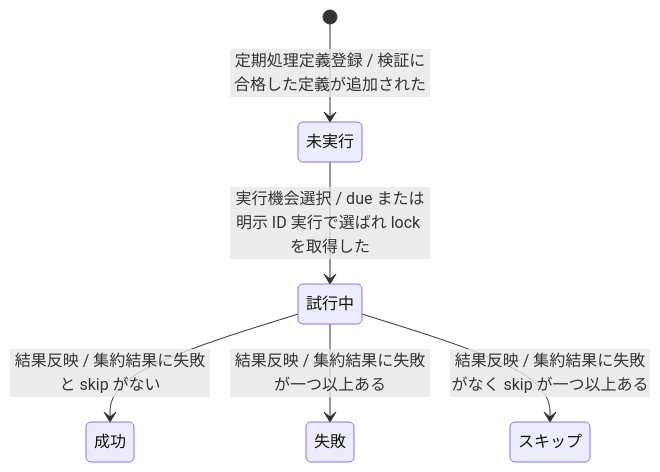
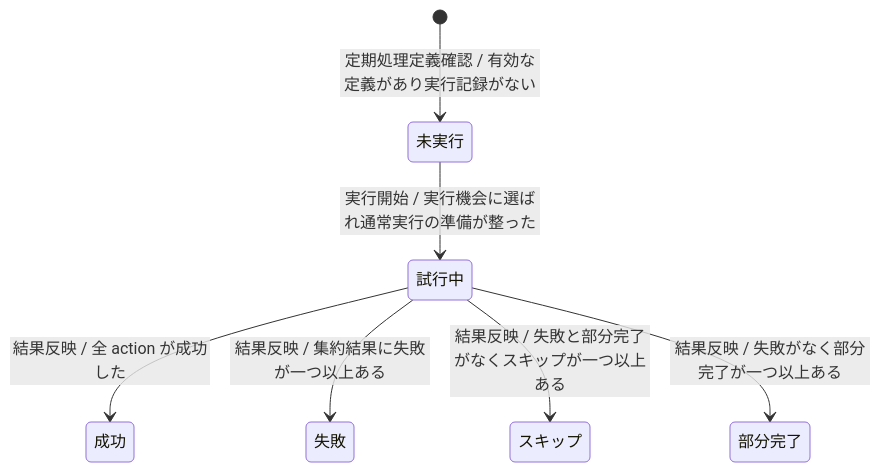
The first of 2 diagrams in docs/ja/product/010-business-specs/020-data-model/stsd-routine-run.md (specdojo/specdojo), drawn with Mermaid before and after one commit. The commit also changed other lines of this file and 5 other files, not shown here.

````diff
--- a/docs/ja/product/010-business-specs/020-data-model/stsd-routine-run.md
+++ b/docs/ja/product/010-business-specs/020-data-model/stsd-routine-run.md
@@ -56,13 +58,15 @@
 ```mermaid
 stateDiagram-v2
   state "未実行" as never
   state "試行中" as running
   state "成功" as success
+  state "部分完了" as partial
   state "失敗" as failure
   state "スキップ" as skipped
-  [*] --> never : 定期処理定義登録 / 検証に合格した定義が追加された
-  never --> running : 実行機会選択 / due または明示 ID 実行で選ばれ lock を取得した
-  running --> success : 結果反映 / 集約結果に失敗と skip がない
+  [*] --> never : 定期処理定義確認 / 有効な定義があり実行記録がない
+  never --> running : 実行開始 / 実行機会に選ばれ通常実行の準備が整った
+  running --> success : 結果反映 / 全 action が成功した
   running --> failure : 結果反映 / 集約結果に失敗が一つ以上ある
-  running --> skipped : 結果反映 / 集約結果に失敗がなく skip が一つ以上ある
+  running --> skipped : 結果反映 / 失敗と部分完了がなくスキップが一つ以上ある
+  running --> partial : 結果反映 / 失敗がなく部分完了が一つ以上ある
 ```
````
